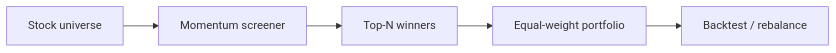
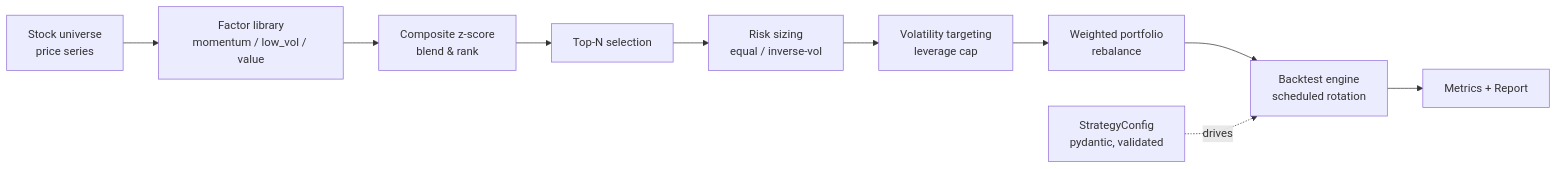
Before and after one commit to Viprasol-Tech/stock-trading-bot: the diagram in README.md, drawn with Mermaid. The commit also changed other lines of this file and 20 other files, not shown here.

````diff
--- a/README.md
+++ b/README.md
@@ -61,7 +103,12 @@
 ```mermaid
 flowchart LR
-    UNIV[Stock universe] --> RANK[Momentum screener]
-    RANK --> TOPN[Top-N winners]
-    TOPN --> PORT[Equal-weight portfolio]
-    PORT --> BT[Backtest / rebalance]
+    UNIV[Stock universe<br/>price series] --> FACT[Factor library<br/>momentum / low_vol / value]
+    FACT --> COMP[Composite z-score<br/>blend & rank]
+    COMP --> SEL[Top-N selection]
+    SEL --> RISK[Risk sizing<br/>equal / inverse-vol]
+    RISK --> VT[Volatility targeting<br/>leverage cap]
+    VT --> PORT[Weighted portfolio<br/>rebalance]
+    PORT --> ENG[Backtest engine<br/>scheduled rotation]
+    ENG --> MET[Metrics + Report]
+    CFG[StrategyConfig<br/>pydantic, validated] -.drives.-> ENG
 ```
````
